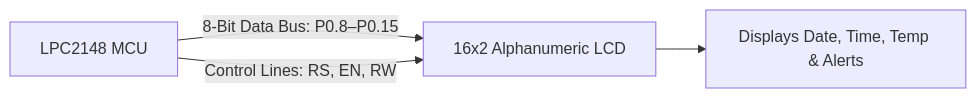
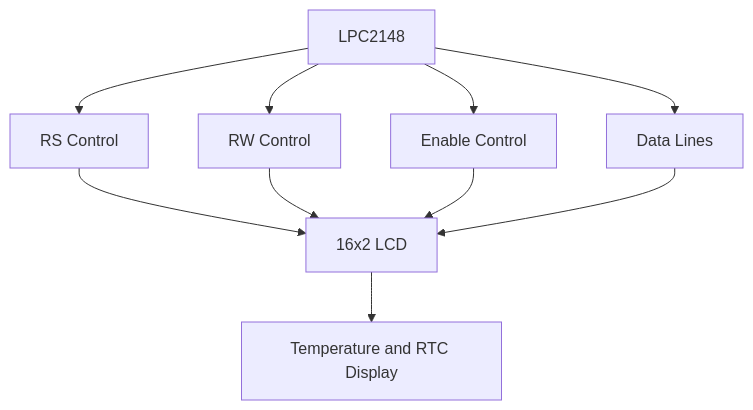
One commit to maghambhanu/LPC2148-Industrial-Environment-Monitor changed the fourth of 10 diagrams in README.md. Above: the diagram before and after it, drawn with Mermaid. The commit also changed other lines of this file, not shown here.

````diff
--- a/README.md
+++ b/README.md
@@ -186,6 +201,12 @@
 ```mermaid
-flowchart LR
-    A[LPC2148 MCU] -->|8-Bit Data Bus: P0.8–P0.15| B[16x2 Alphanumeric LCD]
-    A -->|Control Lines: RS, EN, RW| B
-    B --> C[Displays Date, Time, Temp & Alerts]
+flowchart TD
+    A[LPC2148] --> B[RS Control]
+    A --> C[RW Control]
+    A --> D[Enable Control]
+    A --> E[Data Lines]
+    B --> F[16x2 LCD]
+    C --> F
+    D --> F
+    E --> F
+    F --> G[Temperature and RTC Display]
 ```
````
